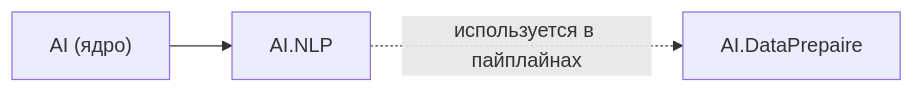
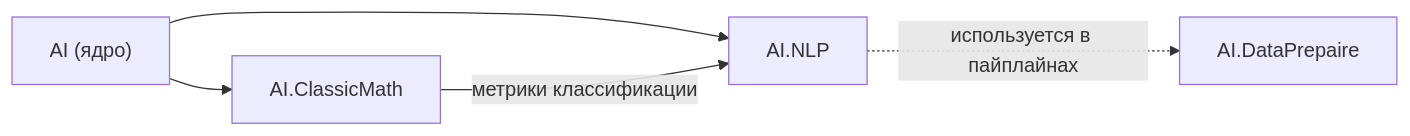
Before and after one commit to AIFramework/AIFramework3Open: the diagram in Docs/Architecture/NLP.md, drawn with Mermaid. The commit also changed other lines of this file and 31 other files, not shown here.

````diff
--- a/Docs/Architecture/NLP.md
+++ b/Docs/Architecture/NLP.md
@@ -22,9 +25,12 @@
 ```mermaid
 flowchart LR
   AI["AI (ядро)"]
+  CM["AI.ClassicMath"]
   NLP["AI.NLP"]
   DP["AI.DataPrepaire"]
 
   AI --> NLP
+  AI --> CM
+  CM -->|метрики классификации| NLP
   NLP -.->|используется в пайплайнах| DP
 ```
````
